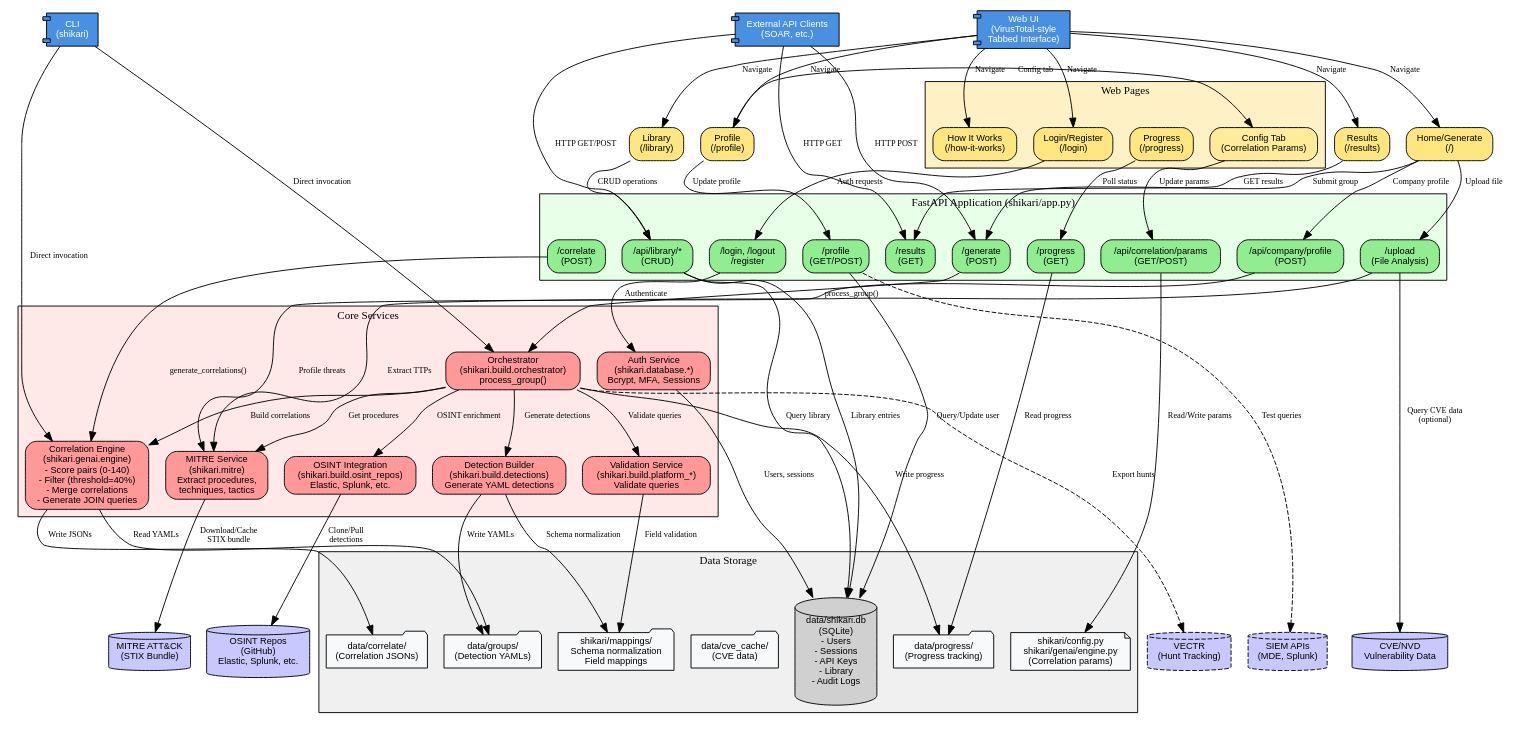
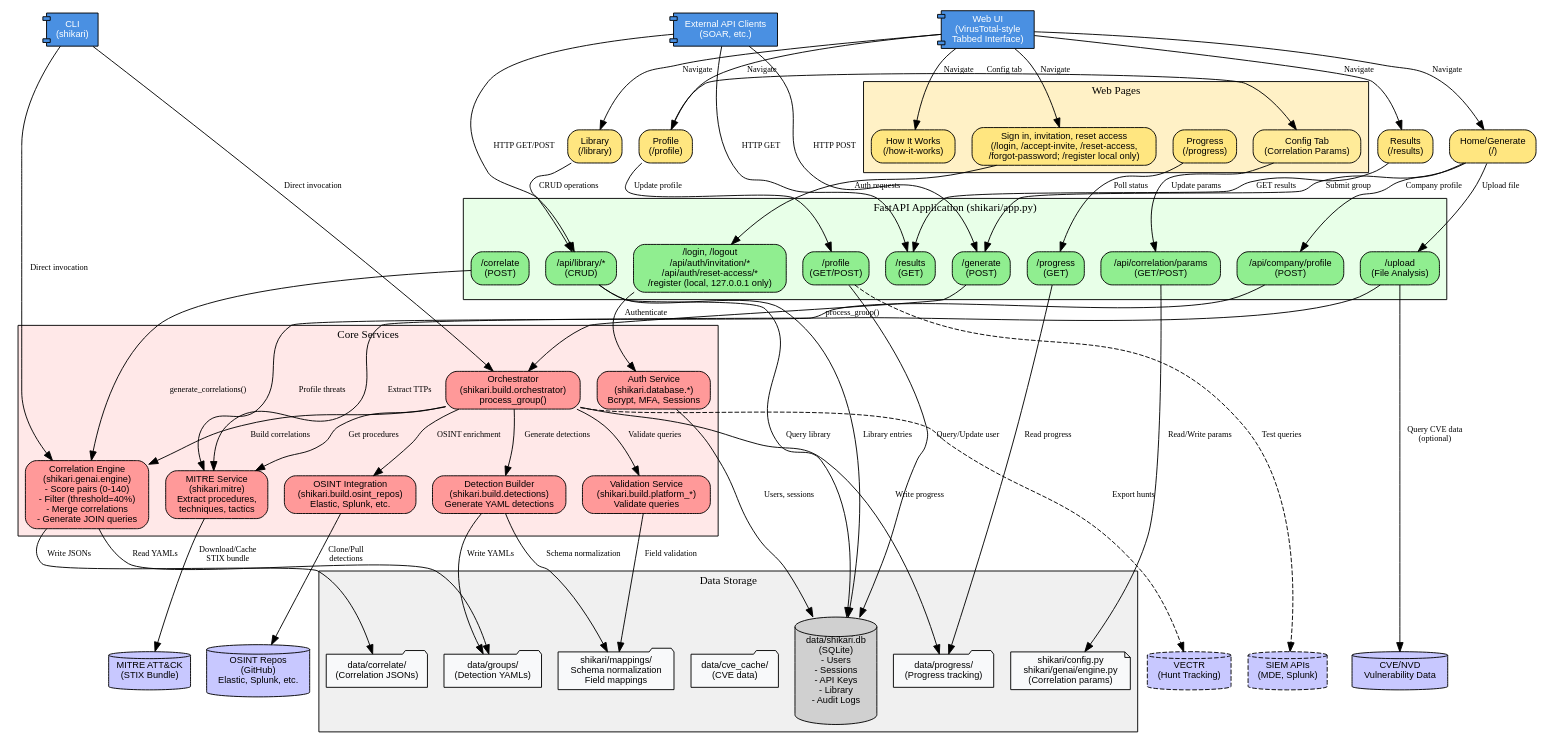
One commit to cmdaltr/shikari changed the diagram in docs/architecture/diagrams/flow/shikari_flow.dot. Above: the diagram before and after it, drawn with Graphviz. The commit also changed 64 other files, not shown here.

```diff
--- a/docs/architecture/diagrams/flow/shikari_flow.dot
+++ b/docs/architecture/diagrams/flow/shikari_flow.dot
@@ -36,7 +36,7 @@
     profile [label="Profile\n(/profile)", fillcolor="#ffe680"];
     profile_config [label="Config Tab\n(Correlation Params)", fillcolor="#ffeb99"];
     how_it_works [label="How It Works\n(/how-it-works)", fillcolor="#ffe680"];
-    login [label="Login/Register\n(/login)", fillcolor="#ffe680"];
+    login [label="Sign in, invitation, reset access\n(/login, /accept-invite, /reset-access,\n/forgot-password; /register local only)", fillcolor="#ffe680"];
   }
 
   // ============================================
@@ -62,7 +62,7 @@
     endpoint_correlation_params [label="/api/correlation/params\n(GET/POST)", fillcolor="#90ee90"];
 
     // Auth endpoints
-    endpoint_auth [label="/login, /logout\n/register", fillcolor="#90ee90"];
+    endpoint_auth [label="/login, /logout\n/api/auth/invitation/*\n/api/auth/reset-access/*\n/register (local, 127.0.0.1 only)", fillcolor="#90ee90"];
 
     // File upload
     endpoint_upload [label="/upload\n(File Analysis)", fillcolor="#90ee90"];
```
